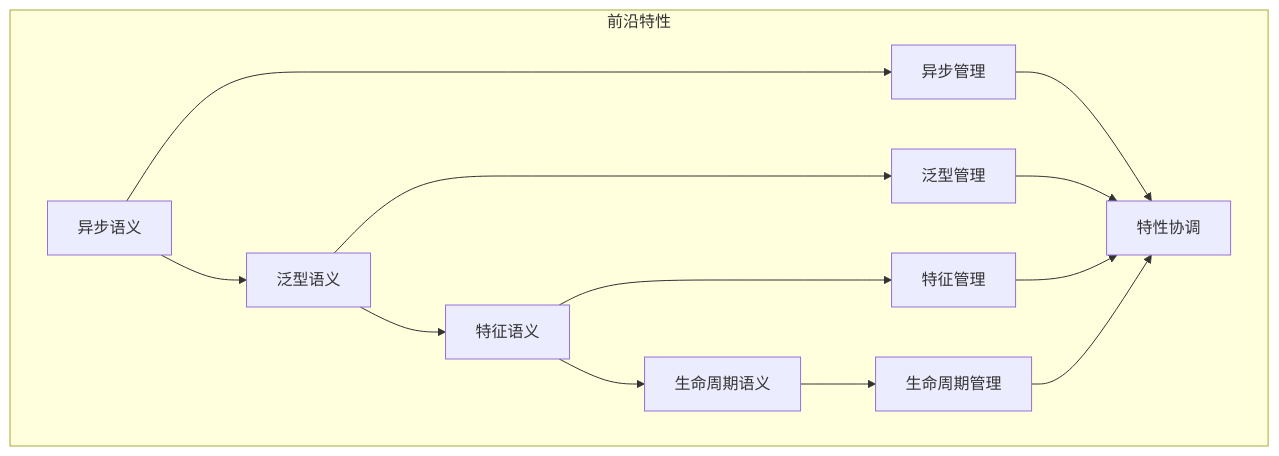
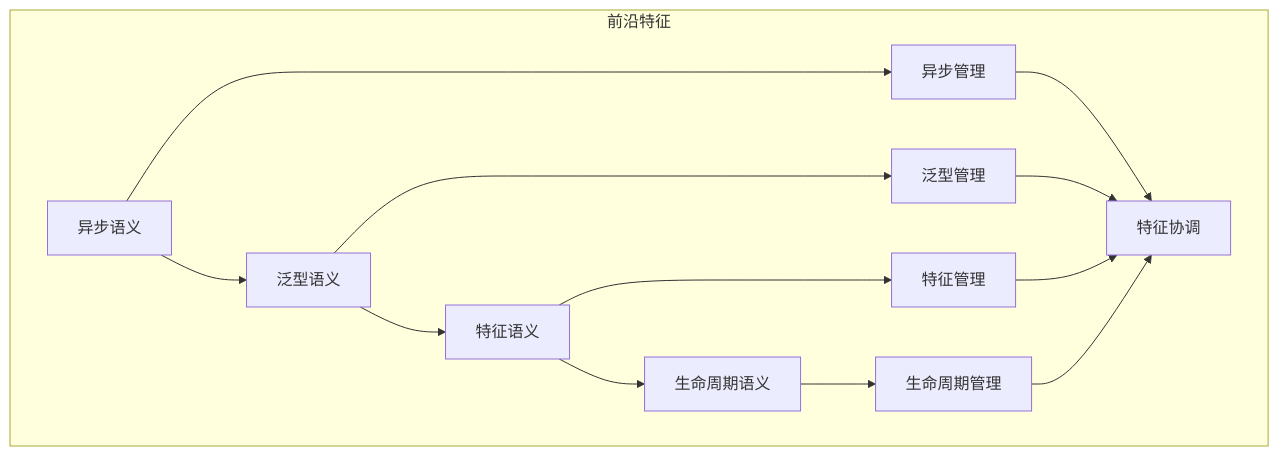
Before and after one commit to martin-ly/rust-lang: the diagram in formal_rust/refactor/01_core_theory/04_advanced_semantics/07_frontier_features/00_index.md, drawn with Mermaid. The commit also changed other lines of this file and 5740 other files, not shown here.

````diff
--- a/formal_rust/refactor/01_core_theory/04_advanced_semantics/07_frontier_features/00_index.md
+++ b/formal_rust/refactor/01_core_theory/04_advanced_semantics/07_frontier_features/00_index.md
@@ -83,18 +83,18 @@
 ```mermaid
 graph TB
-    subgraph "前沿特性"
+    subgraph "前沿特征"
         A[异步语义] --> B[泛型语义]
         B --> C[特征语义]
         C --> D[生命周期语义]
         
         A --> E[异步管理]
         B --> F[泛型管理]
         C --> G[特征管理]
         D --> H[生命周期管理]
         
-        E --> I[特性协调]
+        E --> I[特征协调]
         F --> I
         G --> I
         H --> I
     end
 ```
````
